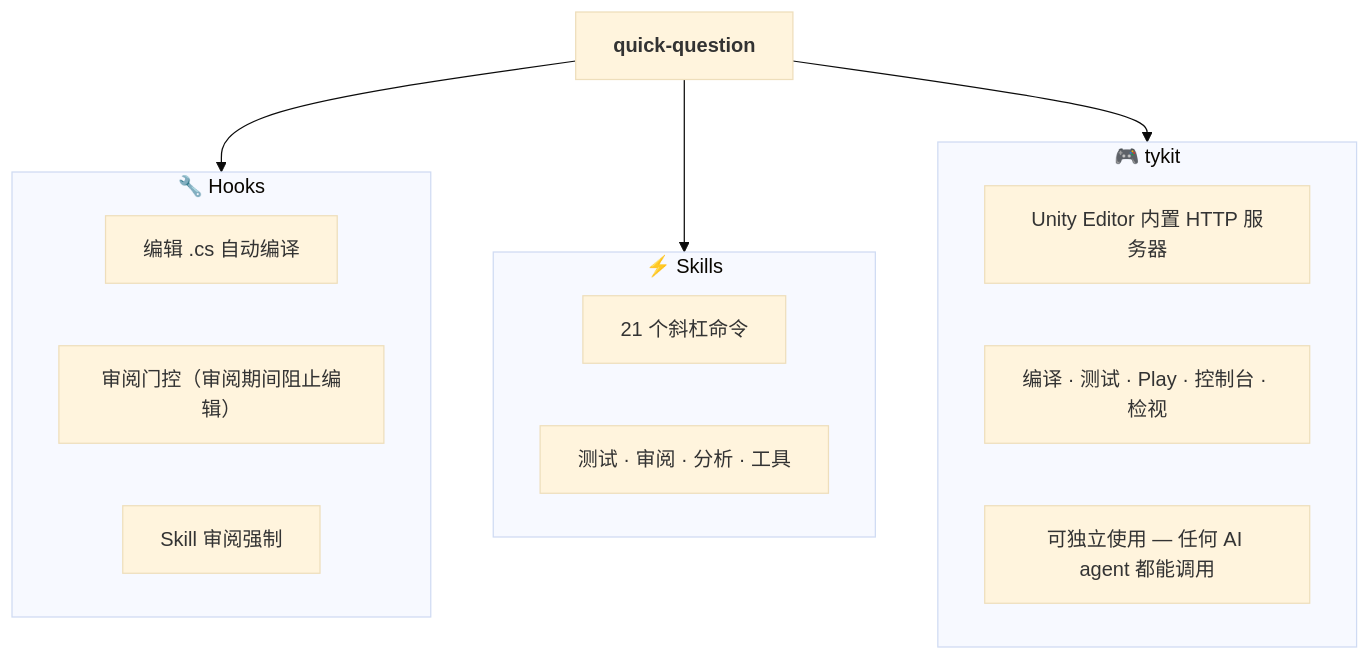
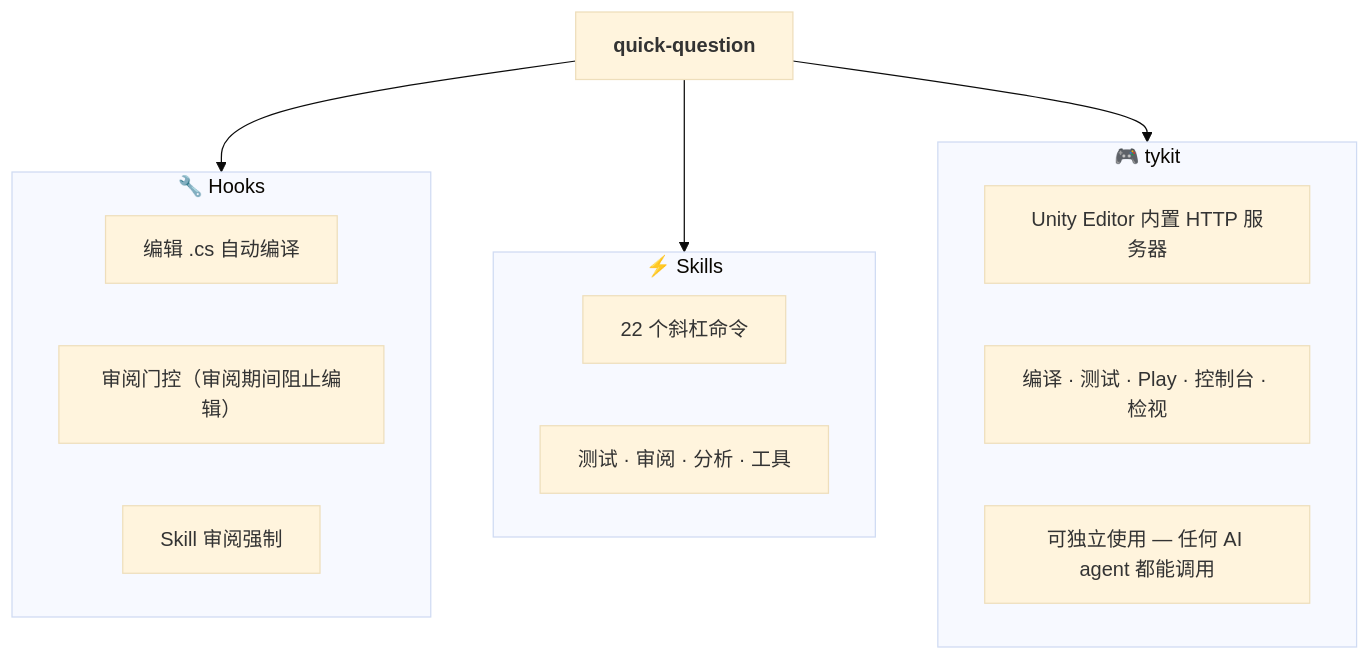
The seventh of 11 diagrams in README.md (tykisgod/quick-question), drawn with Mermaid (base theme) before and after one commit. The commit also changed other lines of this file and 2 other files, not shown here.

````diff
--- a/README.md
+++ b/README.md
@@ -690,25 +691,25 @@
 ```mermaid
 flowchart TB
     QQ["<b>quick-question</b>"]
 
     subgraph H["🔧 Hooks"]
         H1["编辑 .cs 自动编译"]
         H2["审阅门控（审阅期间阻止编辑）"]
         H3["Skill 审阅强制"]
     end
 
     subgraph S["⚡ Skills"]
-        S1["21 个斜杠命令"]
+        S1["22 个斜杠命令"]
         S2["测试 · 审阅 · 分析 · 工具"]
     end
 
     subgraph T["🎮 tykit"]
         T1["Unity Editor 内置 HTTP 服务器"]
         T2["编译 · 测试 · Play · 控制台 · 检视"]
         T3["可独立使用 — 任何 AI agent 都能调用"]
     end
 
     QQ --> H
     QQ --> S
     QQ --> T
 ```
````
